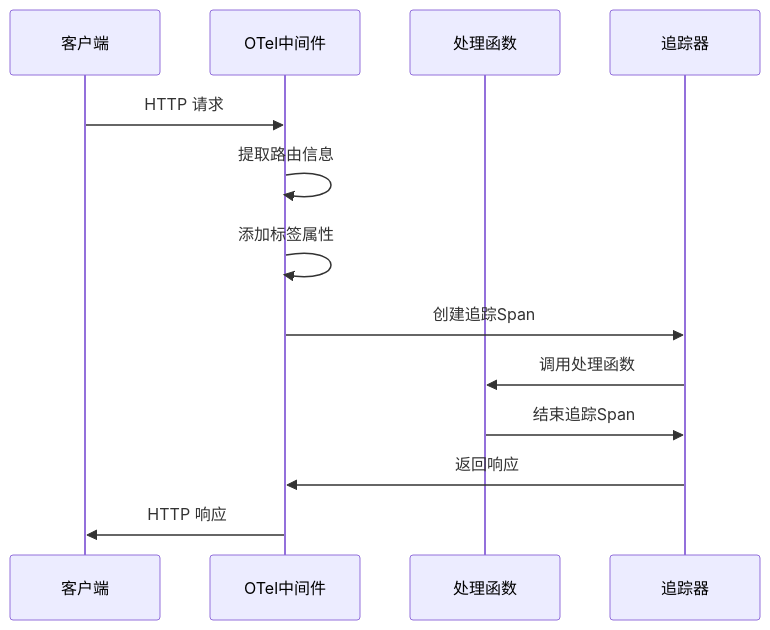
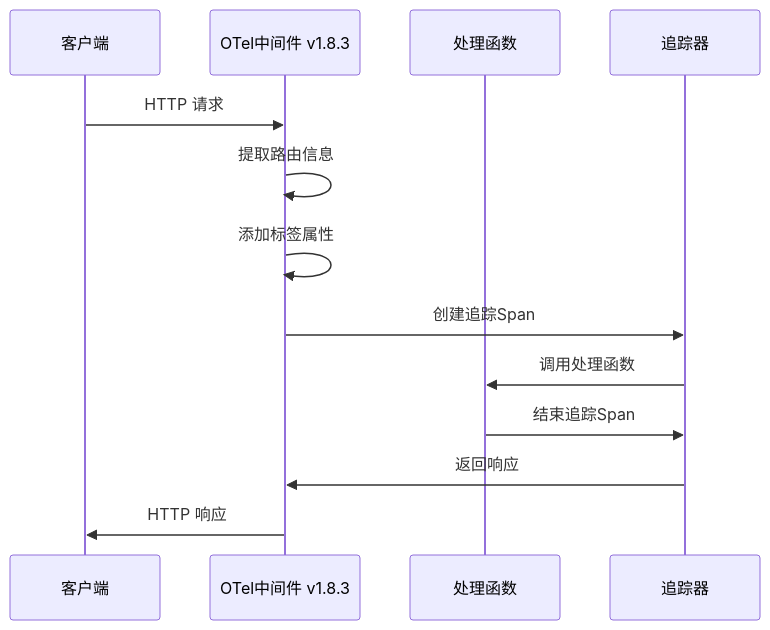
The second of 9 diagrams in .agents/repowiki/zh/content/高级中间件/监控与遥测中间件.md (soyacen/goose), drawn with Mermaid before and after one commit. The commit also changed other lines of this file and 51 other files, not shown here.

````diff
--- a/.agents/repowiki/zh/content/高级中间件/监控与遥测中间件.md
+++ b/.agents/repowiki/zh/content/高级中间件/监控与遥测中间件.md
@@ -79,15 +88,15 @@
 ```mermaid
 sequenceDiagram
 participant Client as 客户端
-participant Middleware as OTel中间件
+participant Middleware as OTel中间件 v1.8.3
 participant Handler as 处理函数
 participant Tracer as 追踪器
 Client->>Middleware : HTTP 请求
 Middleware->>Middleware : 提取路由信息
 Middleware->>Middleware : 添加标签属性
 Middleware->>Tracer : 创建追踪Span
 Tracer->>Handler : 调用处理函数
 Handler->>Tracer : 结束追踪Span
 Tracer->>Middleware : 返回响应
 Middleware->>Client : HTTP 响应
 ```
````
